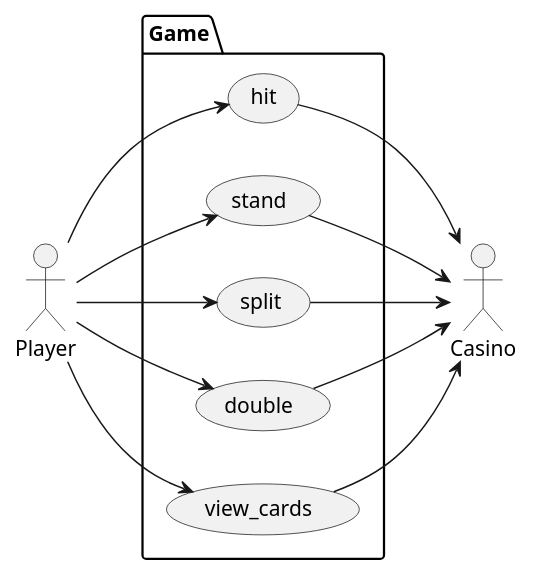
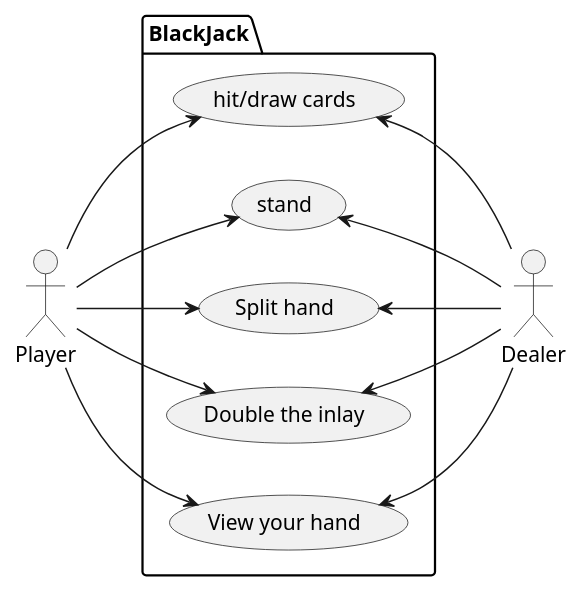
One commit to Noud-Janssen/oop_blackjack changed the diagram in docs/use_case.wsd. Above: the diagram before and after it, drawn with PlantUML. The commit also changed 3 other files, not shown here.

Commit message:
Worked on class diagram

```diff
--- a/docs/use_case.wsd
+++ b/docs/use_case.wsd
@@ -1,30 +1,30 @@
 @startuml use_case
 
 left to right direction
 
 actor "Player" as player
-package Game {
-    usecase hit
-    usecase stand
-    usecase split
-    usecase double
-    usecase view_cards
+package BlackJack {
+    usecase "hit/draw cards" as hit
+    usecase "stand" as stand
+    usecase "Split hand" as split
+    usecase "Double the inlay" as double
+    usecase "View your hand" as view_cards
 }
-actor "Casino" as casino
+actor "Dealer" as Dealer
 
 player --> hit
 player --> stand
 player --> split
 player --> double
 player --> view_cards
 
-hit --> casino
-stand --> casino
-split --> casino
-double --> casino
-view_cards --> casino
+hit <-- Dealer
+stand <-- Dealer
+split <-- Dealer
+double <-- Dealer
+view_cards <-- Dealer
 
 
 
 
 @enduml
```
